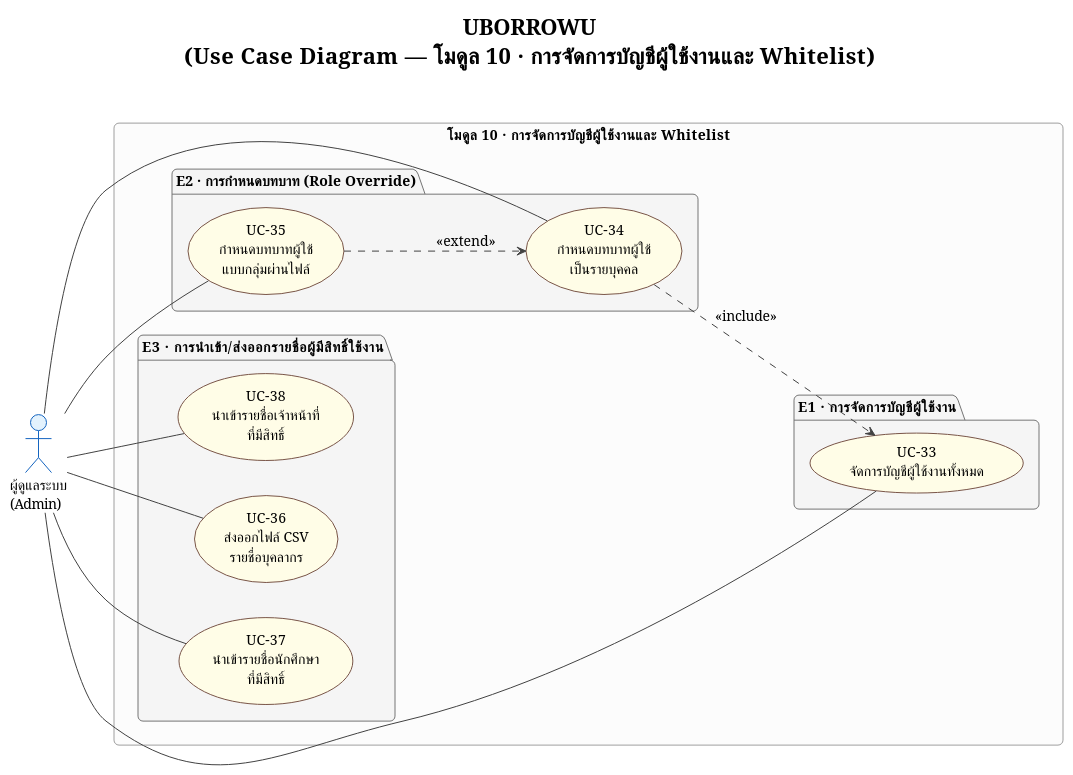
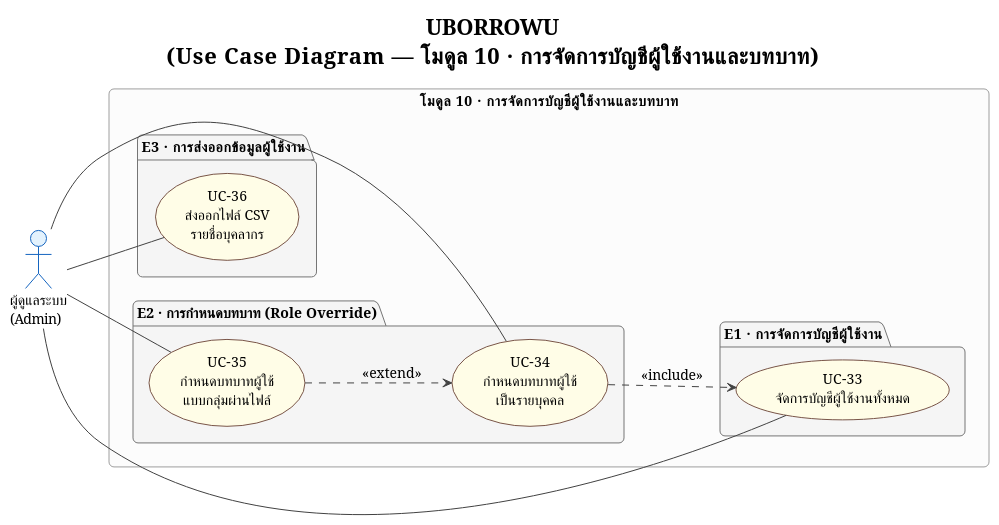
One commit to patlnwza-007/project-2569 changed the diagram in proposal/usecase/usecase_module10.puml. Above: the diagram before and after it, drawn with PlantUML. The commit also changed other lines of this file and 23 other files, not shown here.

```diff
--- a/proposal/usecase/usecase_module10.puml
+++ b/proposal/usecase/usecase_module10.puml
@@ -2,59 +2,55 @@
 @startuml usecase_module10
 !theme plain
 skinparam defaultFontName TH Sarabun New
 skinparam defaultFontSize 14
 skinparam roundcorner 10
 
 skinparam usecase {
   BackgroundColor #FFFDE7
   BorderColor #795548
 }
 skinparam actor {
   BackgroundColor #E3F2FD
   BorderColor #1565C0
 }
 skinparam package {
   BackgroundColor #F5F5F5
   BorderColor #757575
   FontStyle bold
 }
 skinparam rectangle {
   BackgroundColor #FCFCFC
   BorderColor #9E9E9E
 }
 skinparam ArrowColor #424242
 
-title <b>UBORROWU</b>\n(Use Case Diagram — โมดูล 10 · การจัดการบัญชีผู้ใช้งานและ Whitelist)
+title <b>UBORROWU</b>\n(Use Case Diagram — โมดูล 10 · การจัดการบัญชีผู้ใช้งานและบทบาท)
 
 left to right direction
 
 actor "ผู้ดูแลระบบ\n(Admin)" as Admin
 
-rectangle "โมดูล 10 · การจัดการบัญชีผู้ใช้งานและ Whitelist" {
+rectangle "โมดูล 10 · การจัดการบัญชีผู้ใช้งานและบทบาท" {
   package "E1 · การจัดการบัญชีผู้ใช้งาน" {
     usecase "UC-33\nจัดการบัญชีผู้ใช้งานทั้งหมด" as UC33
   }
 
   package "E2 · การกำหนดบทบาท (Role Override)" {
     usecase "UC-34\nกำหนดบทบาทผู้ใช้\nเป็นรายบุคคล" as UC34
     usecase "UC-35\nกำหนดบทบาทผู้ใช้\nแบบกลุ่มผ่านไฟล์" as UC35
   }
 
-  package "E3 · การนำเข้า/ส่งออกรายชื่อผู้มีสิทธิ์ใช้งาน" {
+  package "E3 · การส่งออกข้อมูลผู้ใช้งาน" {
     usecase "UC-36\nส่งออกไฟล์ CSV\nรายชื่อบุคลากร" as UC36
-    usecase "UC-37\nนำเข้ารายชื่อนักศึกษา\nที่มีสิทธิ์" as UC37
-    usecase "UC-38\nนำเข้ารายชื่อเจ้าหน้าที่\nที่มีสิทธิ์" as UC38
   }
 }
 
 Admin -- UC33
 Admin -- UC34
 Admin -- UC35
 Admin -- UC36
-Admin -- UC37
-Admin -- UC38
 
 UC34 ..> UC33 : <<include>>
 UC35 ..> UC34 : <<extend>>
 
 @enduml
```
